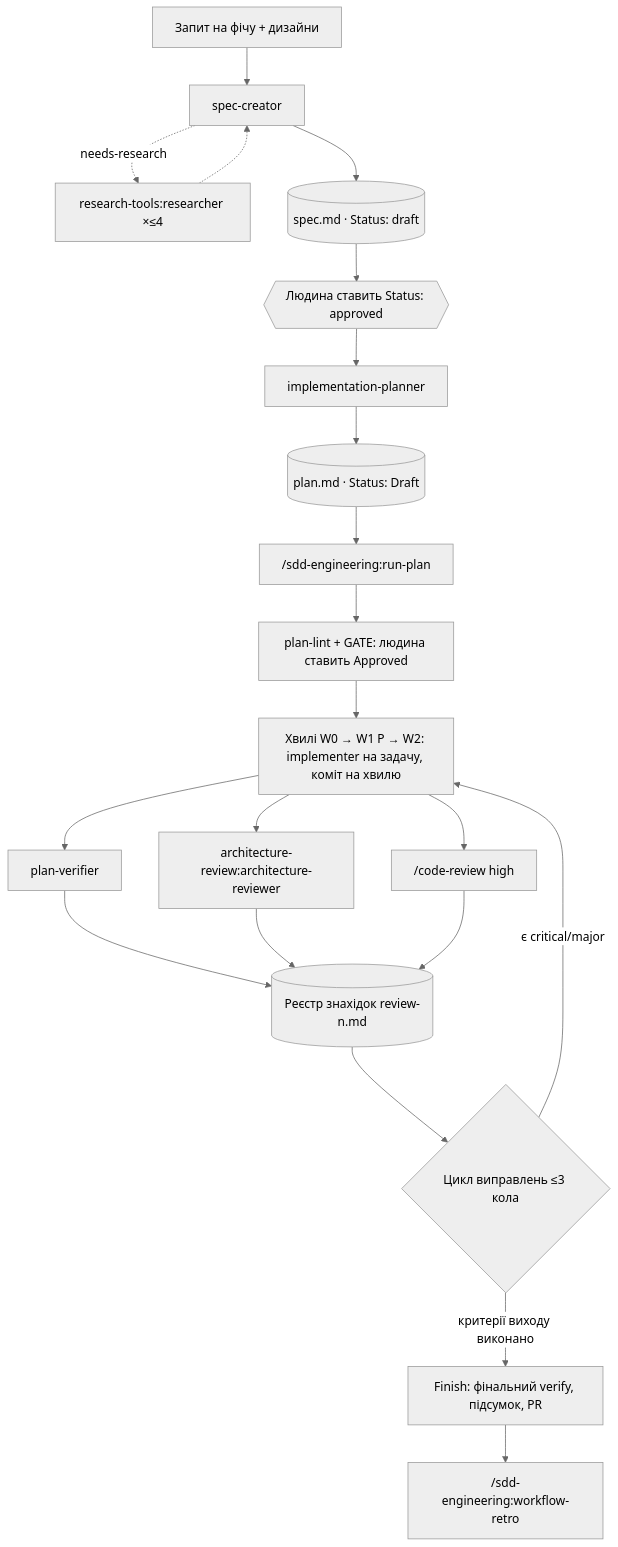
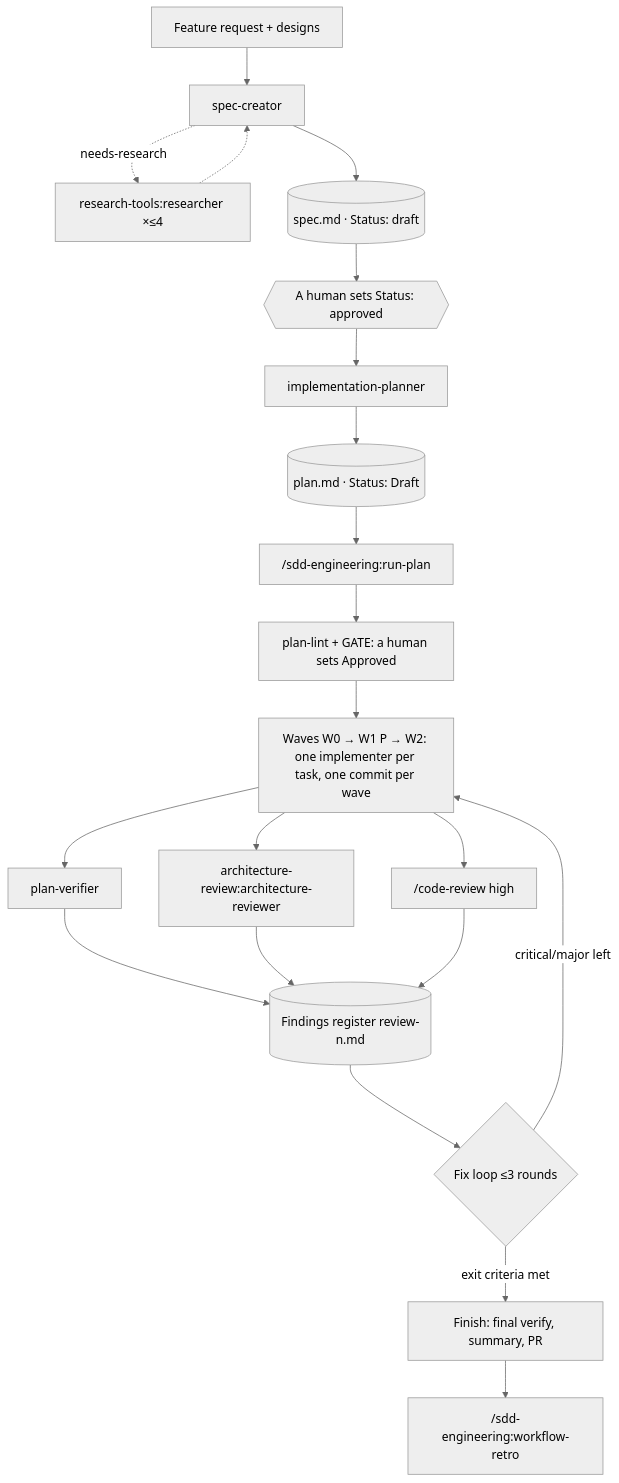
One commit to aptrnk1/dev-digest-ai-marketplace changed the diagram in plugins/sdd-engineering/README.md. Above: the diagram before and after it, drawn with Mermaid (neutral theme). The commit also changed other lines of this file and 26 other files, not shown here.

````diff
--- a/plugins/sdd-engineering/README.md
+++ b/plugins/sdd-engineering/README.md
@@ -33,21 +33,21 @@
 ```mermaid
 flowchart TD
-  A[Запит на фічу + дизайни] --> SC[spec-creator]
+  A[Feature request + designs] --> SC[spec-creator]
   SC -. needs-research .-> R[research-tools:researcher ×≤4]
   R -.-> SC
   SC --> S[(spec.md · Status: draft)]
-  S --> H1{{Людина ставить Status: approved}}
+  S --> H1{{A human sets Status: approved}}
   H1 --> IP[implementation-planner]
   IP --> P[(plan.md · Status: Draft)]
   P --> RP["/sdd-engineering:run-plan"]
-  RP --> L[plan-lint + GATE: людина ставить Approved]
-  L --> W[Хвилі W0 → W1 P → W2: implementer на задачу, коміт на хвилю]
+  RP --> L[plan-lint + GATE: a human sets Approved]
+  L --> W[Waves W0 → W1 P → W2: one implementer per task, one commit per wave]
   W --> V[plan-verifier]
   W --> AR[architecture-review:architecture-reviewer]
   W --> CR["/code-review high"]
-  V & AR & CR --> LG[(Реєстр знахідок review-n.md)]
-  LG --> FX{Цикл виправлень ≤3 кола}
-  FX -- є critical/major --> W
-  FX -- критерії виходу виконано --> F[Finish: фінальний verify, підсумок, PR]
+  V & AR & CR --> LG[(Findings register review-n.md)]
+  LG --> FX{Fix loop ≤3 rounds}
+  FX -- critical/major left --> W
+  FX -- exit criteria met --> F[Finish: final verify, summary, PR]
   F --> RT["/sdd-engineering:workflow-retro"]
 ```
````
